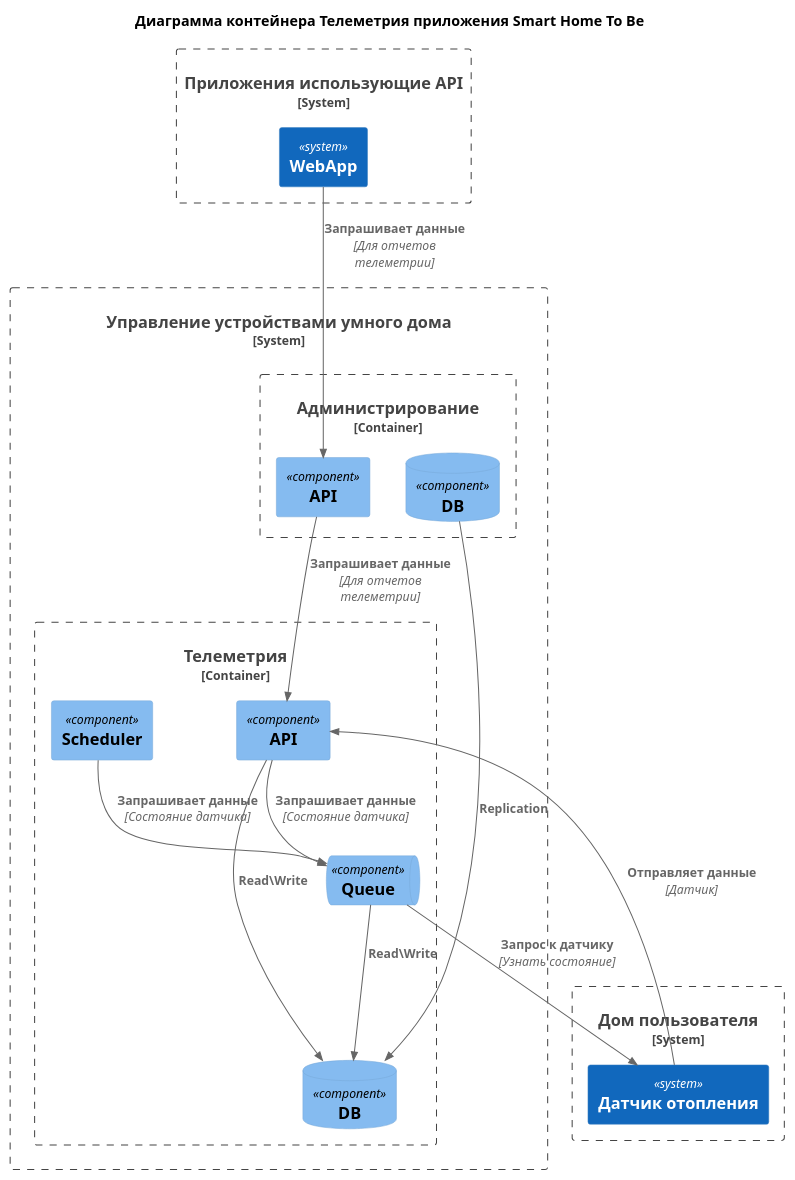
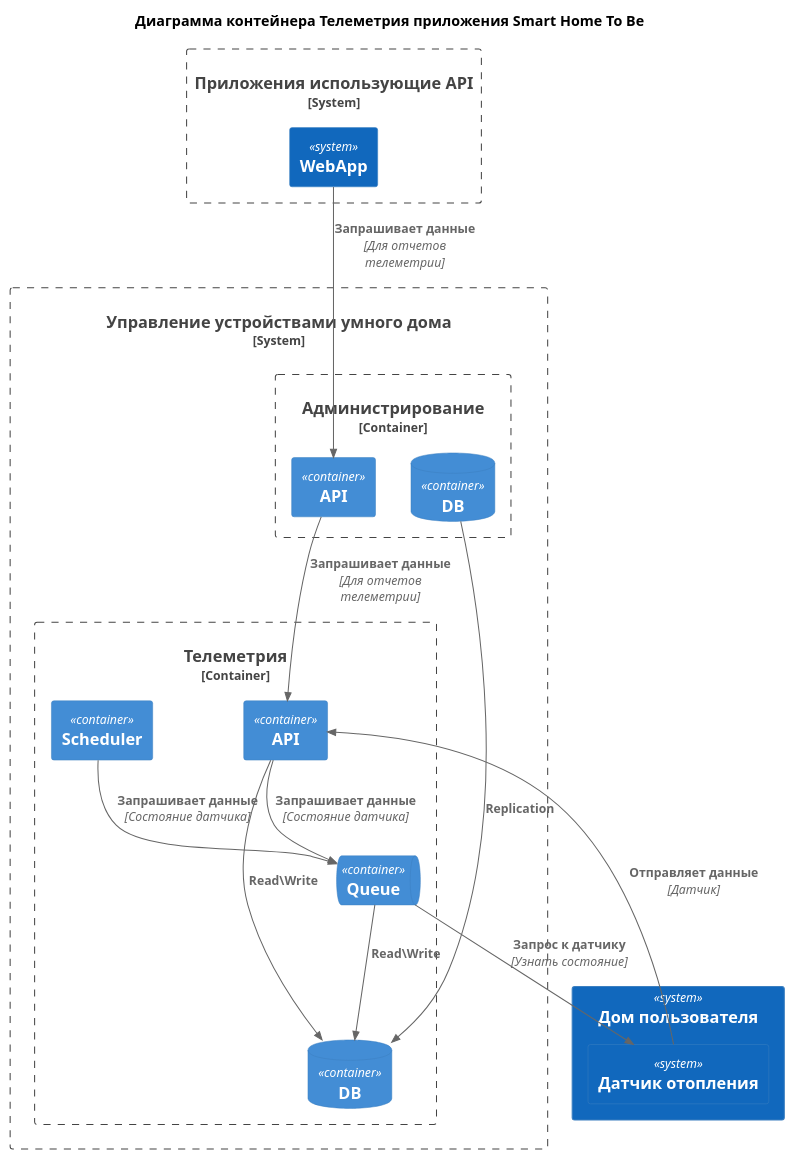
The diagram in docs/To Be Component Telemetry.puml (bezdelnique/ydnx-arch-sprint1), drawn with PlantUML before and after one commit. The commit also changed 4 other files, not shown here.

Commit message:
To Be C4 diagrams

```diff
--- a/docs/To Be Component Telemetry.puml
+++ b/docs/To Be Component Telemetry.puml
@@ -1,46 +1,46 @@
 @startuml
 title "Диаграмма контейнера Телеметрия приложения Smart Home To Be"
 
 top to bottom direction
 
 !include C4/C4_Component.puml
 
 System_Boundary(SmartHomeApp, "Приложения использующие API") {
     System(WebApp, "WebApp")
 }
 
-System_Boundary(UserHome, "Дом пользователя") {
+System(UserHome, "Дом пользователя") {
     System(SensorHeating, "Датчик отопления")
 }
 
 System_Boundary(Domain, "Управление устройствами умного дома") {
     Container_Boundary(SubdomainTelemetry, "Телеметрия") {
-        Component(TelemetryApi, "API")
-        Component(TelemetryScheduler, "Scheduler")
-        ComponentDb(TelemetryDb, "DB")
-        ComponentQueue(TelemetryQueue, "Queue")
+        Container(TelemetryApi, "API")
+        Container(TelemetryScheduler, "Scheduler")
+        ContainerDb(TelemetryDb, "DB")
+        ContainerQueue(TelemetryQueue, "Queue")
     }
 
     Container_Boundary(SubdomainAdministration, "Администрирование") {
-        Component(AdministrationApi, "API")
-        ComponentDb(AdministrationDb, "DB")
+        Container(AdministrationApi, "API")
+        ContainerDb(AdministrationDb, "DB")
     }
 
 }
 
 
 Rel(TelemetryApi, TelemetryDb, "Read\Write")
 Rel(TelemetryApi, TelemetryQueue, "Запрашивает данные", "Состояние датчика")
 Rel(TelemetryQueue, TelemetryDb, "Read\Write")
 
 Rel(SensorHeating, TelemetryApi, "Отправляет данные", "Датчик")
 Rel(TelemetryQueue, SensorHeating, "Запрос к датчику", "Узнать состояние")
 
 Rel(AdministrationDb, TelemetryDb, "Replication")
 Rel(AdministrationApi, TelemetryApi, "Запрашивает данные", "Для отчетов телеметрии")
 Rel(WebApp, AdministrationApi, "Запрашивает данные", "Для отчетов телеметрии")
 
 Rel(TelemetryScheduler, TelemetryQueue, "Запрашивает данные", "Состояние датчика")
 
 
 @enduml
```
